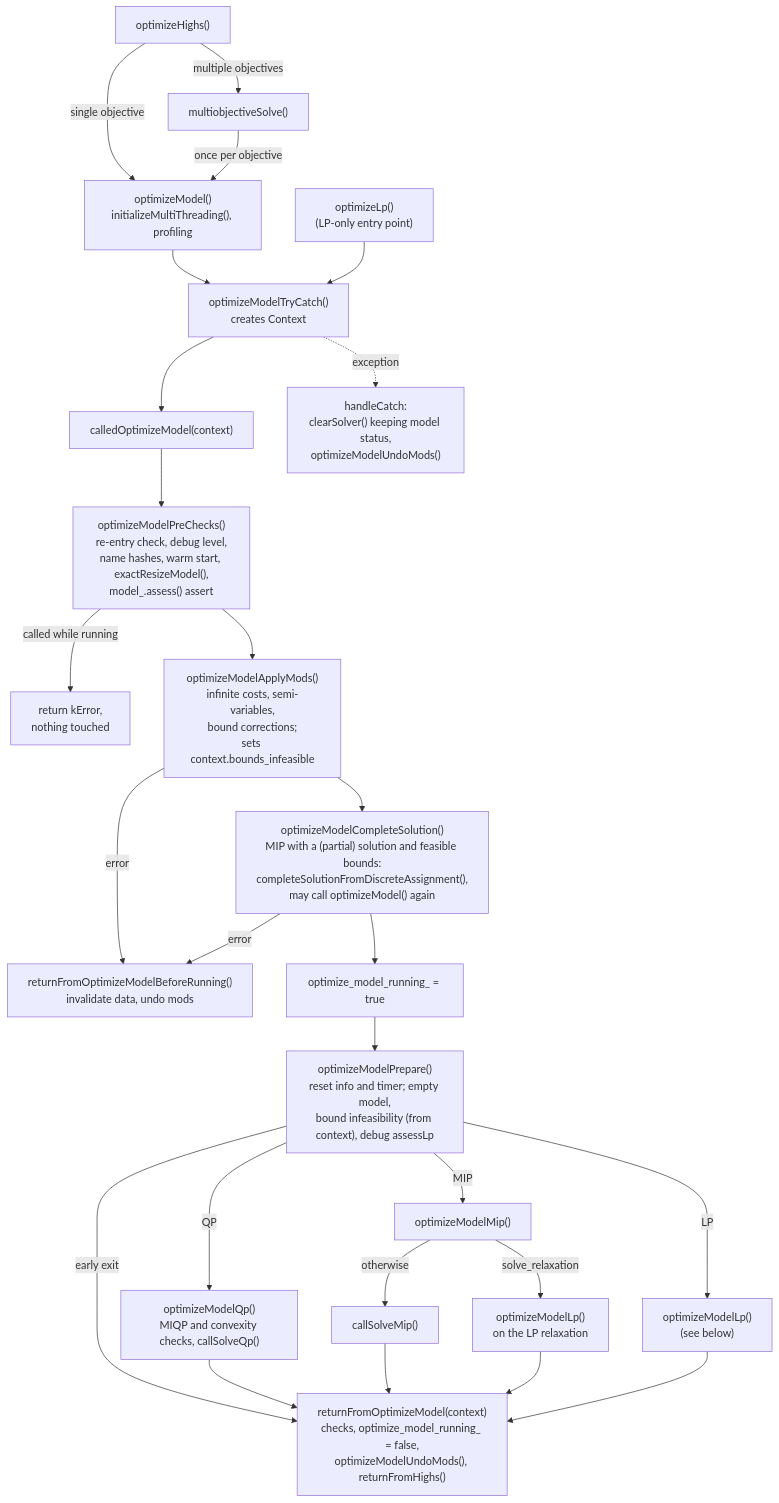
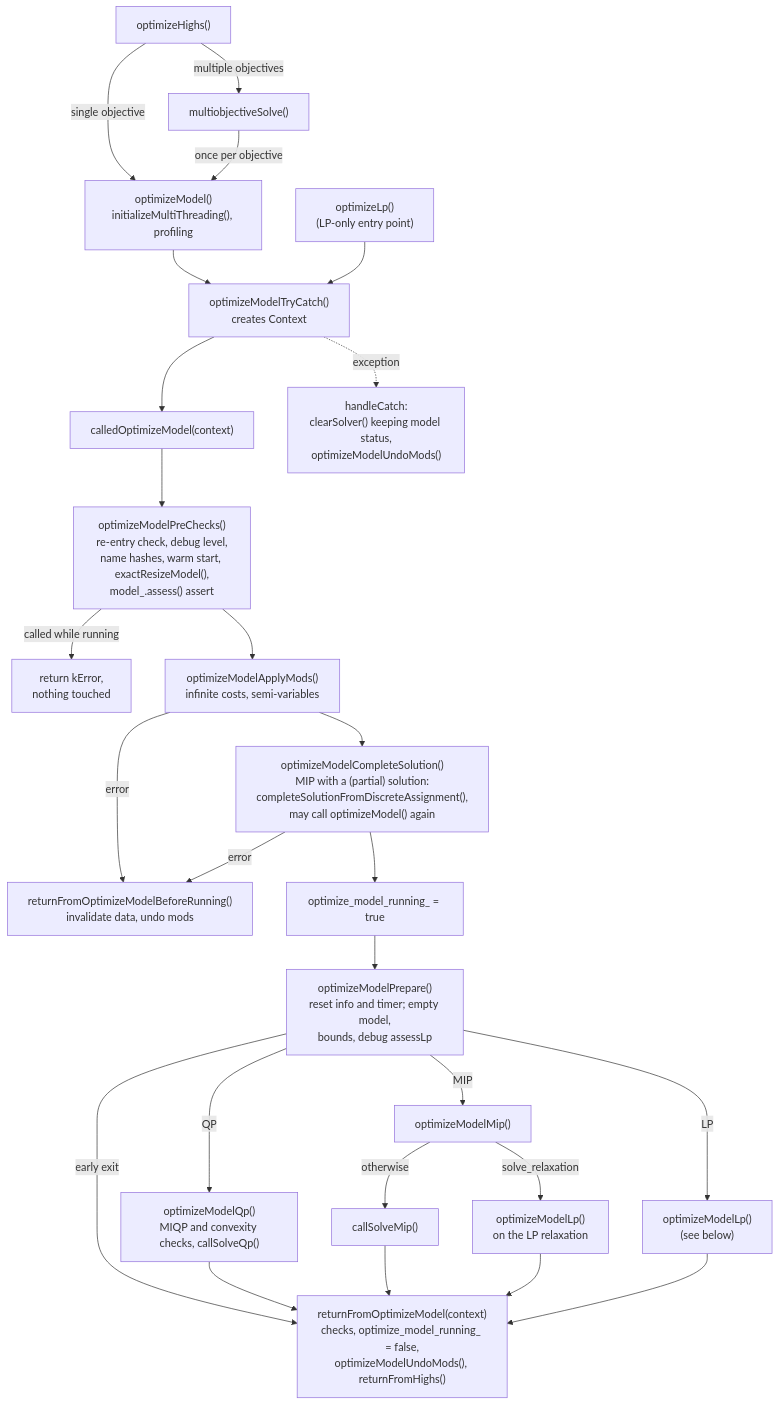
One commit to ERGO-Code/HiGHS changed the second of 3 diagrams in highs/OptimizeModelRefactor.md. Above: the diagram before and after it, drawn with Mermaid. The commit also changed other lines of this file and 6 other files, not shown here.

````diff
--- a/highs/OptimizeModelRefactor.md
+++ b/highs/OptimizeModelRefactor.md
@@ -70,32 +68,32 @@
 ```mermaid
 flowchart TD
     optimizeHighs["optimizeHighs()"] -->|multiple objectives| multi["multiobjectiveSolve()"]
     optimizeHighs -->|single objective| optimizeModel["optimizeModel()<br/>initializeMultiThreading(), profiling"]
     multi -->|once per objective| optimizeModel
 
     optimizeModel --> tryCatch["optimizeModelTryCatch()<br/>creates Context"]
     optimizeLp["optimizeLp()<br/>(LP-only entry point)"] --> tryCatch
     tryCatch --> called["calledOptimizeModel(context)"]
     tryCatch -.->|exception| catch["handleCatch:<br/>clearSolver() keeping model status,<br/>optimizeModelUndoMods()"]
 
     called --> preChecks["optimizeModelPreChecks()<br/>re-entry check, debug level,<br/>name hashes, warm start, exactResizeModel(),<br/>model_.assess() assert"]
     preChecks -->|"called while running"| refuse["return kError,<br/>nothing touched"]
-    preChecks --> applyMods["optimizeModelApplyMods()<br/>infinite costs, semi-variables,<br/>bound corrections;<br/>sets context.bounds_infeasible"]
-    applyMods --> complete["optimizeModelCompleteSolution()<br/>MIP with a (partial) solution and feasible bounds:<br/>completeSolutionFromDiscreteAssignment(),<br/>may call optimizeModel() again"]
+    preChecks --> applyMods["optimizeModelApplyMods()<br/>infinite costs, semi-variables"]
+    applyMods --> complete["optimizeModelCompleteSolution()<br/>MIP with a (partial) solution:<br/>completeSolutionFromDiscreteAssignment(),<br/>may call optimizeModel() again"]
     applyMods -->|error| early["returnFromOptimizeModelBeforeRunning()<br/>invalidate data, undo mods"]
     complete -->|error| early
     complete --> running["optimize_model_running_ = true"]
-    running --> prepare["optimizeModelPrepare()<br/>reset info and timer; empty model,<br/>bound infeasibility (from context), debug assessLp"]
+    running --> prepare["optimizeModelPrepare()<br/>reset info and timer; empty model,<br/>bounds, debug assessLp"]
 
     prepare -->|QP| qp["optimizeModelQp()<br/>MIQP and convexity checks, callSolveQp()"]
     prepare -->|MIP| mip["optimizeModelMip()"]
     prepare -->|LP| lp["optimizeModelLp()<br/>(see below)"]
     mip -->|solve_relaxation| relax["optimizeModelLp()<br/>on the LP relaxation"]
     mip -->|otherwise| callMip["callSolveMip()"]
 
     prepare -->|early exit| returnFrom
     qp --> returnFrom["returnFromOptimizeModel(context)<br/>checks, optimize_model_running_ = false,<br/>optimizeModelUndoMods(), returnFromHighs()"]
     callMip --> returnFrom
     relax --> returnFrom
     lp --> returnFrom
 ```
````
